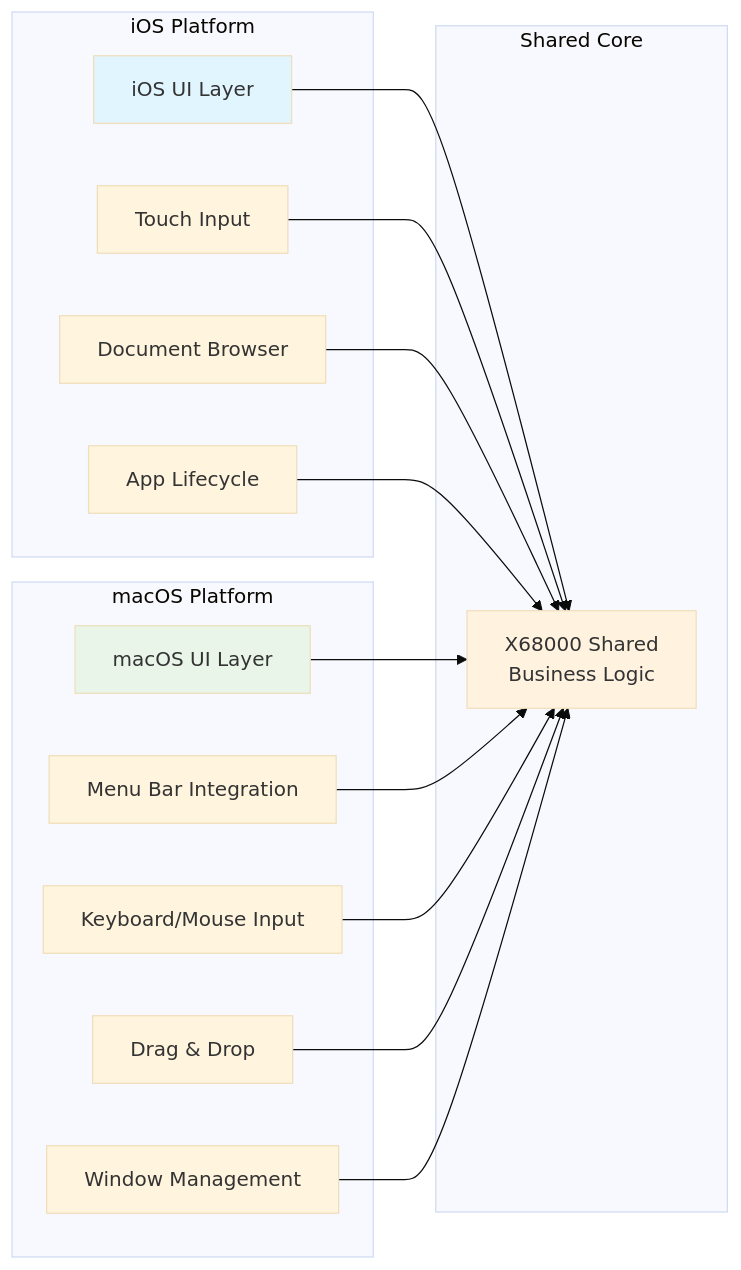
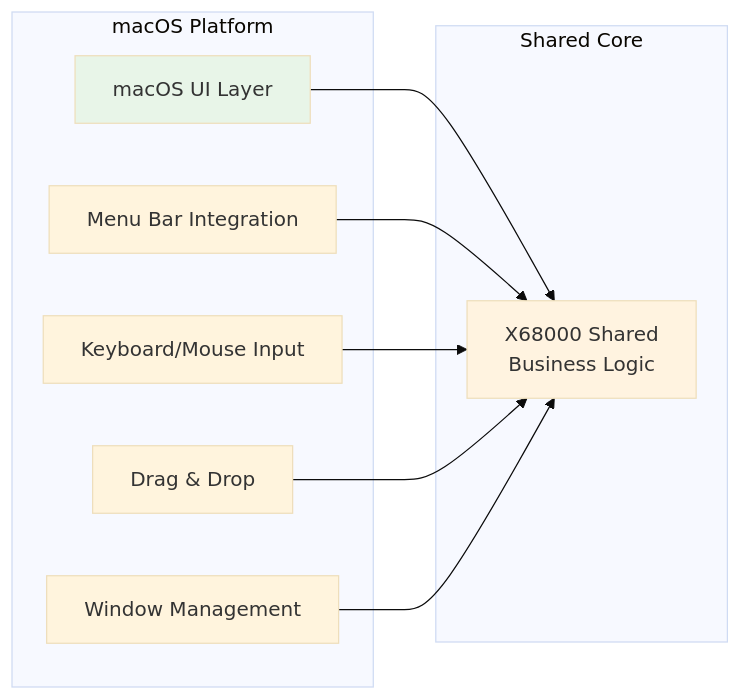
One commit to YosAwed/MPX68K changed the second of 8 diagrams in ARCHITECTURE.md. Above: the diagram before and after it, drawn with Mermaid (base theme). The commit also changed other lines of this file and 14 other files, not shown here.

````diff
--- a/ARCHITECTURE.md
+++ b/ARCHITECTURE.md
@@ -71,36 +68,23 @@
 ```mermaid
 graph LR
-    subgraph "iOS Platform"
-        iOSUI[iOS UI Layer]
-        TouchInput[Touch Input]
-        DocBrowser[Document Browser]
-        iOSLife[App Lifecycle]
-    end
-    
     subgraph "macOS Platform"
         macOSUI[macOS UI Layer]
         MenuBar[Menu Bar Integration]
         KeyMouse[Keyboard/Mouse Input]
         DragDrop[Drag & Drop]
         WindowMgmt[Window Management]
     end
     
     subgraph "Shared Core"
         SharedCore[X68000 Shared<br/>Business Logic]
     end
     
-    iOSUI --> SharedCore
-    TouchInput --> SharedCore
-    DocBrowser --> SharedCore
-    iOSLife --> SharedCore
-    
     macOSUI --> SharedCore
     MenuBar --> SharedCore
     KeyMouse --> SharedCore
     DragDrop --> SharedCore
     WindowMgmt --> SharedCore
     
-    style iOSUI fill:#e1f5fe
     style macOSUI fill:#e8f5e8
     style SharedCore fill:#fff3e0
 ```
````
